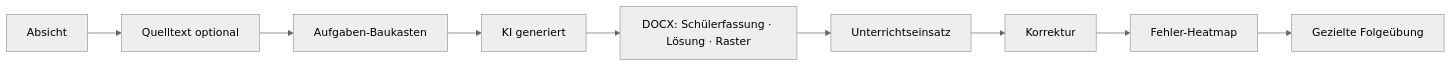
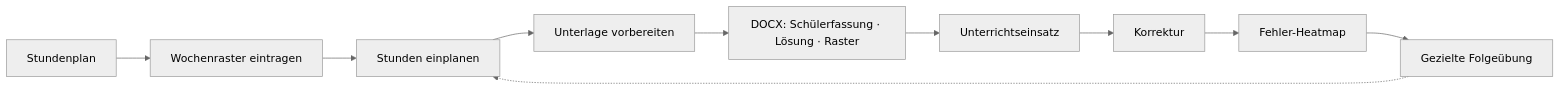
The first of 2 diagrams in README.md (milanradisavljevic/LUKA), drawn with Mermaid (neutral theme) before and after one commit. The commit also changed other lines of this file and 1 other file, not shown here.

````diff
--- a/README.md
+++ b/README.md
@@ -42,11 +48,12 @@
 ```mermaid
 flowchart LR
-  A[Absicht] --> B[Quelltext optional]
-  B --> C[Aufgaben-Baukasten]
-  C --> D[KI generiert]
+  A[Stundenplan] --> B[Wochenraster eintragen]
+  B --> C[Stunden einplanen]
+  C --> D[Unterlage vorbereiten]
   D --> E[DOCX: Schülerfassung · Lösung · Raster]
   E --> F[Unterrichtseinsatz]
   F --> G[Korrektur]
   G --> H[Fehler-Heatmap]
   H --> I[Gezielte Folgeübung]
+  I -.-> C
 ```
````
